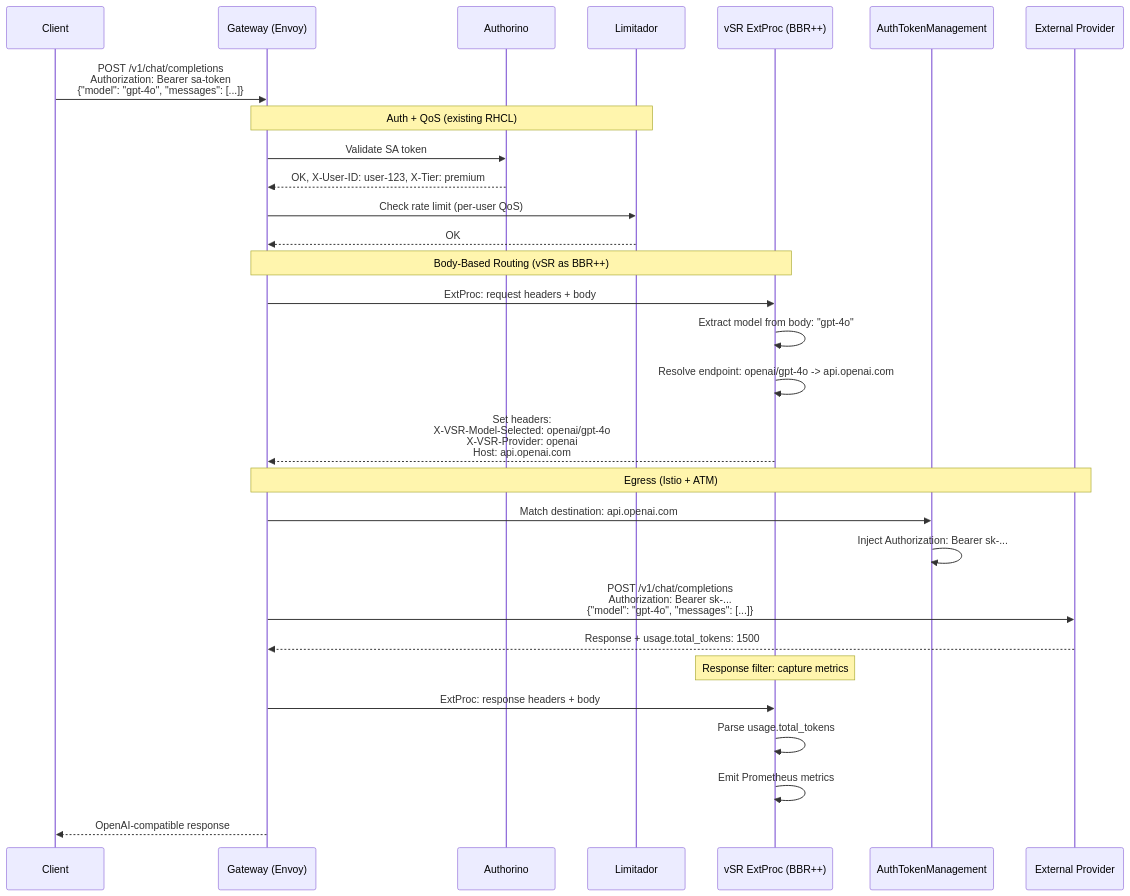
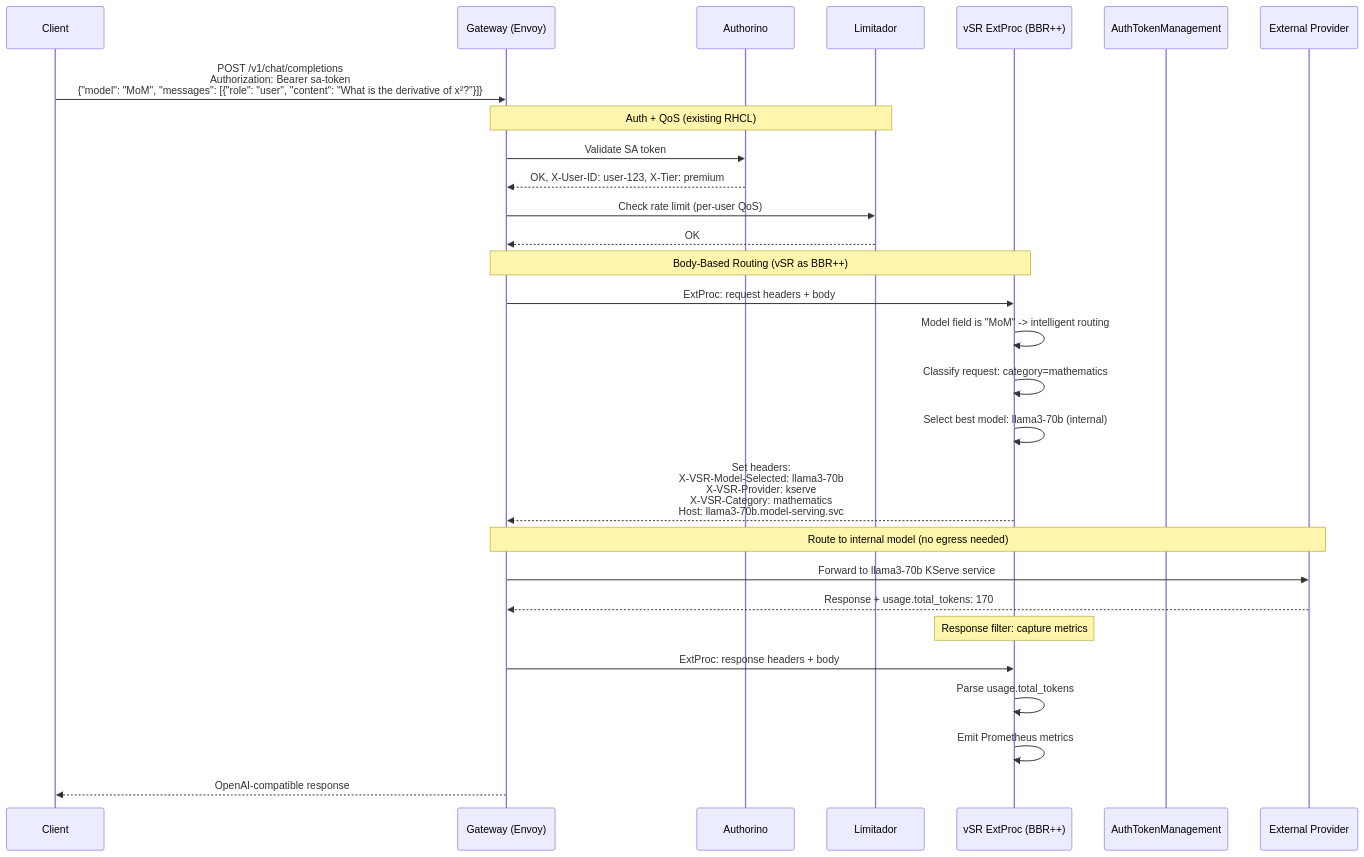
One commit to noyitz/maas-designs changed the first of 2 diagrams in vsr-maas-integration/phase-1-design-v1.2.md. Above: the diagram before and after it, drawn with Mermaid. The commit also changed other lines of this file, not shown here.

````diff
--- a/vsr-maas-integration/phase-1-design-v1.2.md
+++ b/vsr-maas-integration/phase-1-design-v1.2.md
@@ -205,37 +153,36 @@
 ```mermaid
 sequenceDiagram
     participant Client
     participant Gateway as Gateway (Envoy)
     participant Authorino
     participant Limitador
     participant vSR as vSR ExtProc (BBR++)
     participant ATM as AuthTokenManagement
     participant Provider as External Provider
 
-    Client->>Gateway: POST /v1/chat/completions<br/>Authorization: Bearer sa-token<br/>{"model": "gpt-4o", "messages": [...]}
+    Client->>Gateway: POST /v1/chat/completions<br/>Authorization: Bearer sa-token<br/>{"model": "MoM", "messages": [{"role": "user", "content": "What is the derivative of x²?"}]}
 
     Note over Gateway,Limitador: Auth + QoS (existing RHCL)
     Gateway->>Authorino: Validate SA token
     Authorino-->>Gateway: OK, X-User-ID: user-123, X-Tier: premium
     Gateway->>Limitador: Check rate limit (per-user QoS)
     Limitador-->>Gateway: OK
 
     Note over Gateway,vSR: Body-Based Routing (vSR as BBR++)
     Gateway->>vSR: ExtProc: request headers + body
-    vSR->>vSR: Extract model from body: "gpt-4o"
-    vSR->>vSR: Resolve endpoint: openai/gpt-4o -> api.openai.com
-    vSR-->>Gateway: Set headers:<br/>X-VSR-Model-Selected: openai/gpt-4o<br/>X-VSR-Provider: openai<br/>Host: api.openai.com
+    vSR->>vSR: Model field is "MoM" -> intelligent routing
+    vSR->>vSR: Classify request: category=mathematics
+    vSR->>vSR: Select best model: llama3-70b (internal)
+    vSR-->>Gateway: Set headers:<br/>X-VSR-Model-Selected: llama3-70b<br/>X-VSR-Provider: kserve<br/>X-VSR-Category: mathematics<br/>Host: llama3-70b.model-serving.svc
 
-    Note over Gateway,Provider: Egress (Istio + ATM)
-    Gateway->>ATM: Match destination: api.openai.com
-    ATM->>ATM: Inject Authorization: Bearer sk-...
-    Gateway->>Provider: POST /v1/chat/completions<br/>Authorization: Bearer sk-...<br/>{"model": "gpt-4o", "messages": [...]}
-    Provider-->>Gateway: Response + usage.total_tokens: 1500
+    Note over Gateway,Provider: Route to internal model (no egress needed)
+    Gateway->>Provider: Forward to llama3-70b KServe service
+    Provider-->>Gateway: Response + usage.total_tokens: 170
 
     Note over vSR: Response filter: capture metrics
     Gateway->>vSR: ExtProc: response headers + body
     vSR->>vSR: Parse usage.total_tokens
     vSR->>vSR: Emit Prometheus metrics
 
     Gateway-->>Client: OpenAI-compatible response
 ```
````
